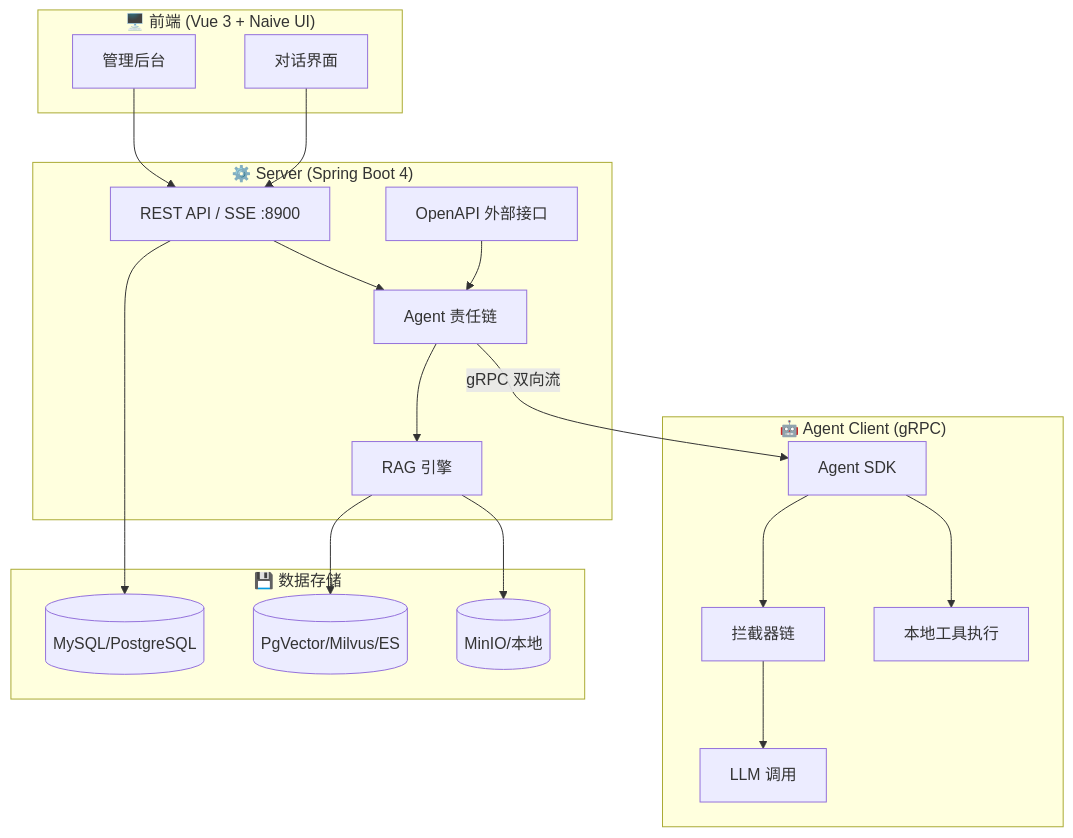
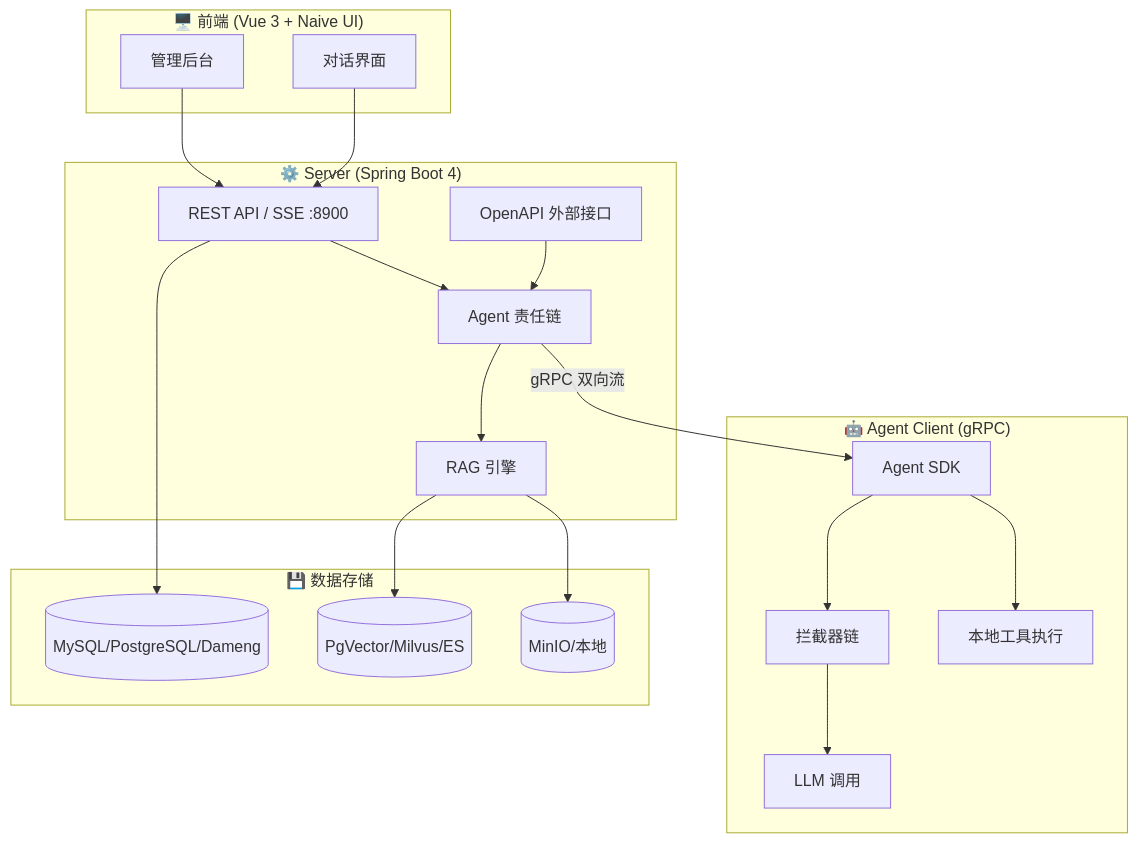
Before and after one commit to aizuda/snail-ai: the diagram in docs/index.md, drawn with Mermaid. The commit also changed other lines of this file and 41 other files, not shown here.

````diff
--- a/docs/index.md
+++ b/docs/index.md
@@ -81,38 +81,38 @@
 ```mermaid
 graph TB
     subgraph 前端["🖥️ 前端 (Vue 3 + Naive UI)"]
         Admin[管理后台]
         Chat[对话界面]
     end
 
     subgraph 服务端["⚙️ Server (Spring Boot 4)"]
         API[REST API / SSE :8900]
         Chain[Agent 责任链]
         RAG[RAG 引擎]
         OpenAPI[OpenAPI 外部接口]
     end
 
     subgraph 客户端["🤖 Agent Client (gRPC)"]
         SDK[Agent SDK]
         Interceptor[拦截器链]
         Tools[本地工具执行]
         LLM[LLM 调用]
     end
 
     subgraph 存储["💾 数据存储"]
-        DB[(MySQL/PostgreSQL)]
+        DB[(MySQL/PostgreSQL/Dameng)]
         Vector[(PgVector/Milvus/ES)]
         Storage[(MinIO/本地)]
     end
 
     Admin --> API
     Chat --> API
     API --> Chain
     Chain -->|gRPC 双向流| SDK
     SDK --> Interceptor --> LLM
     SDK --> Tools
     Chain --> RAG --> Vector
     API --> DB
     OpenAPI --> Chain
     RAG --> Storage
 ```
````
